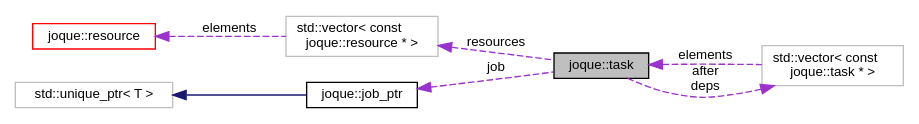
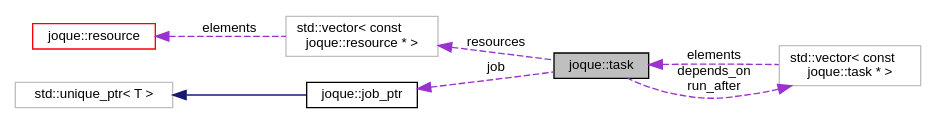
One commit to koniarik/joque changed the diagram in structjoque_1_1task__coll__graph.dot. Above: the diagram before and after it, drawn with Graphviz. The commit also changed 154 other files, not shown here.

```diff
--- a/structjoque_1_1task__coll__graph.dot
+++ b/structjoque_1_1task__coll__graph.dot
@@ -1,19 +1,19 @@
 digraph "joque::task"
 {
  // LATEX_PDF_SIZE
   edge [fontname="Helvetica",fontsize="10",labelfontname="Helvetica",labelfontsize="10"];
   node [fontname="Helvetica",fontsize="10",shape=record];
   rankdir="LR";
-  Node1 [label="joque::task",height=0.2,width=0.4,color="black", fillcolor="grey75", style="filled", fontcolor="black",tooltip=" "];
+  Node1 [label="joque::task",height=0.2,width=0.4,color="black", fillcolor="grey75", style="filled", fontcolor="black",tooltip="Single task that should be executed by the system."];
   Node2 -> Node1 [dir="back",color="darkorchid3",fontsize="10",style="dashed",label=" resources" ,fontname="Helvetica"];
   Node2 [label="std::vector\< const\l joque::resource * \>",height=0.2,width=0.4,color="grey75", fillcolor="white", style="filled",tooltip=" "];
   Node3 -> Node2 [dir="back",color="darkorchid3",fontsize="10",style="dashed",label=" elements" ,fontname="Helvetica"];
-  Node3 [label="joque::resource",height=0.2,width=0.4,color="red", fillcolor="white", style="filled",URL="$namespacejoque.html#structjoque_1_1resource",tooltip=" "];
+  Node3 [label="joque::resource",height=0.2,width=0.4,color="red", fillcolor="white", style="filled",URL="$namespacejoque.html#structjoque_1_1resource",tooltip="Abstraction to model resource used by tasks."];
   Node6 -> Node1 [dir="back",color="darkorchid3",fontsize="10",style="dashed",label=" job" ,fontname="Helvetica"];
-  Node6 [label="joque::job_ptr",height=0.2,width=0.4,color="black", fillcolor="white", style="filled",URL="$structjoque_1_1job__ptr.html",tooltip=" "];
+  Node6 [label="joque::job_ptr",height=0.2,width=0.4,color="black", fillcolor="white", style="filled",URL="$structjoque_1_1job__ptr.html",tooltip="Custom unique_ptr wrapper that simplifies syntax of tasks."];
   Node7 -> Node6 [dir="back",color="midnightblue",fontsize="10",style="solid",fontname="Helvetica"];
   Node7 [label="std::unique_ptr\< T \>",height=0.2,width=0.4,color="grey75", fillcolor="white", style="filled",tooltip=" "];
-  Node9 -> Node1 [dir="back",color="darkorchid3",fontsize="10",style="dashed",label=" after\ndeps" ,fontname="Helvetica"];
+  Node9 -> Node1 [dir="back",color="darkorchid3",fontsize="10",style="dashed",label=" depends_on\nrun_after" ,fontname="Helvetica"];
   Node9 [label="std::vector\< const\l joque::task * \>",height=0.2,width=0.4,color="grey75", fillcolor="white", style="filled",tooltip=" "];
   Node1 -> Node9 [dir="back",color="darkorchid3",fontsize="10",style="dashed",label=" elements" ,fontname="Helvetica"];
 }
```
